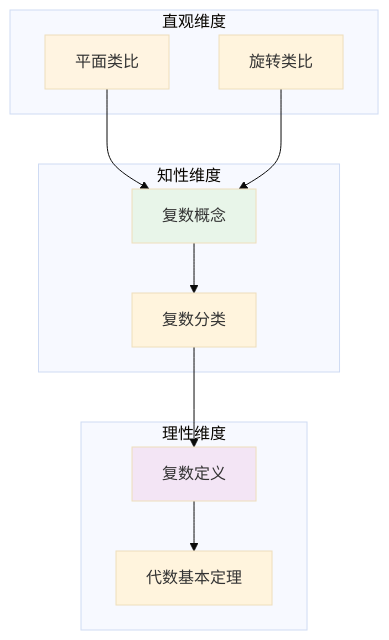
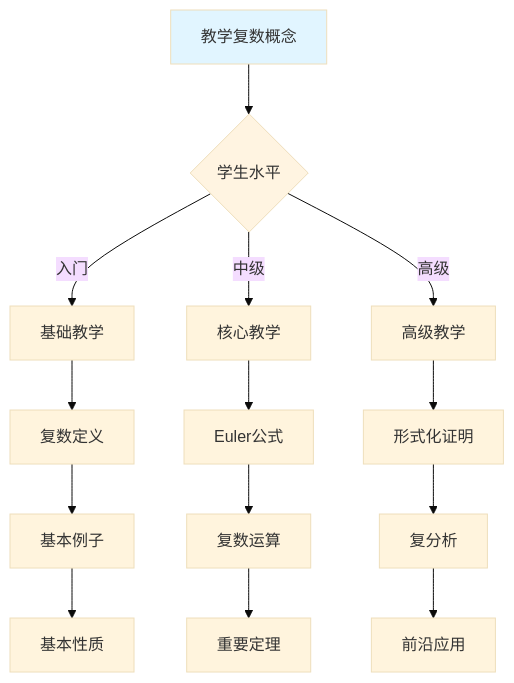
The tenth of 10 diagrams in concept/核心概念/07-复数.md (AdaMartin18010/FormalMath), drawn with Mermaid (base theme) before and after one commit. The commit also changed other lines of this file and 4793 other files, not shown here.

````diff
--- a/concept/核心概念/07-复数.md
+++ b/concept/核心概念/07-复数.md
@@ -875,27 +2521,22 @@
 ```mermaid
-graph TB
-    subgraph 直观维度
-        A1[平面类比]
-        A2[旋转类比]
-    end
+graph TD
+    A[教学复数概念] --> B{学生水平}
+    B -->|入门| C[基础教学]
+    B -->|中级| D[核心教学]
+    B -->|高级| E[高级教学]
 
-    subgraph 知性维度
-        B1[复数概念]
-        B2[复数分类]
-    end
+    C --> C1[复数定义]
+    C1 --> C2[基本例子]
+    C2 --> C3[基本性质]
 
-    subgraph 理性维度
-        C1[复数定义]
-        C2[代数基本定理]
-    end
+    D --> D1[Euler公式]
+    D1 --> D2[复数运算]
+    D2 --> D3[重要定理]
 
-    A1 --> B1
-    A2 --> B1
-    B1 --> B2
-    B2 --> C1
-    C1 --> C2
+    E --> E1[形式化证明]
+    E1 --> E2[复分析]
+    E2 --> E3[前沿应用]
 
-    style A1 fill:#fff4e1
-    style B1 fill:#e8f5e9
-    style C1 fill:#f3e5f5
+    style A fill:#e1f5ff
+    style B fill:#fff4e1
 ```
````
